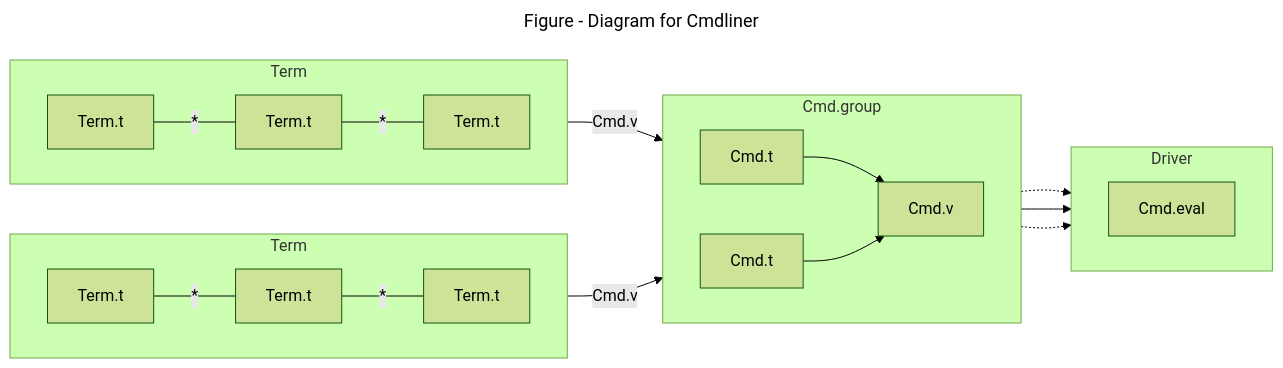
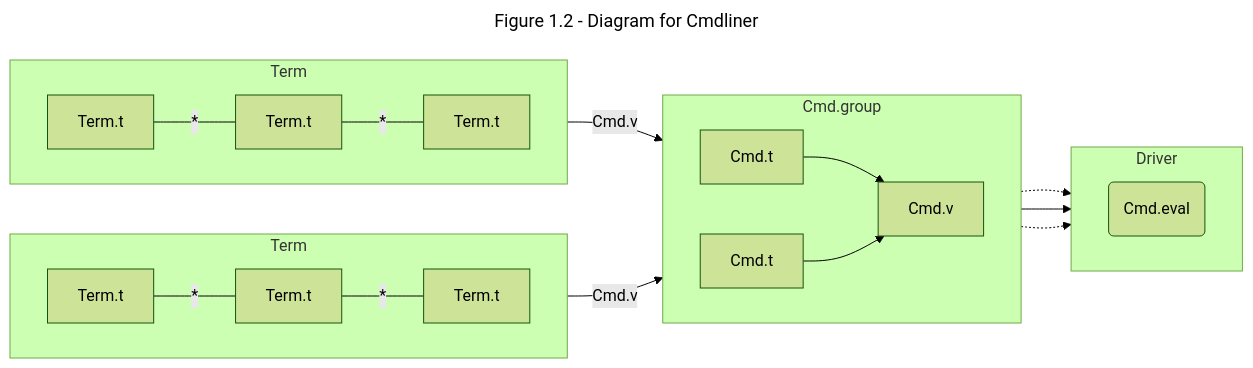
Before and after one commit to fairyland-ocaml/fairyland-ocaml.github.io: the second of 4 diagrams in src/libraries/argparse.md, drawn with Mermaid (forest theme). The commit also changed other lines of this file and 2 other files, not shown here.

````diff
--- a/src/libraries/argparse.md
+++ b/src/libraries/argparse.md
@@ -65,34 +65,34 @@
 ```mermaid
 ---
-title: Figure - Diagram for Cmdliner
+title: Figure 1.2 - Diagram for Cmdliner
 ---
 flowchart LR
   subgraph sp [Term]
     direction LR
     P1[Term.t]--- |*| P2[Term.t] --- |*| P3[Term.t]
   end
   C1[Cmd.t]
-  sp --> |Cmd.v| C1
+  P3 --> |Cmd.v| C1
 
   subgraph sp2 [Term]
     direction LR
     Q1[Term.t]--- |*| Q2[Term.t] --- |*| Q3[Term.t]
   end
   C2[Cmd.t]
-  sp2 --> |Cmd.v| C2
+  Q3 --> |Cmd.v| C2
 
   subgraph sg [Cmd.group]
     direction LR
     C0[Cmd.v]
     C1 --> C0
     C2 --> C0
   end
 
   subgraph sd [Driver]
     direction LR
-    Cr[Cmd.eval]
+    Cr(Cmd.eval)
     C1 -.-> Cr
     C0 --> Cr
     C2 -.-> Cr
   end
 ```
````
